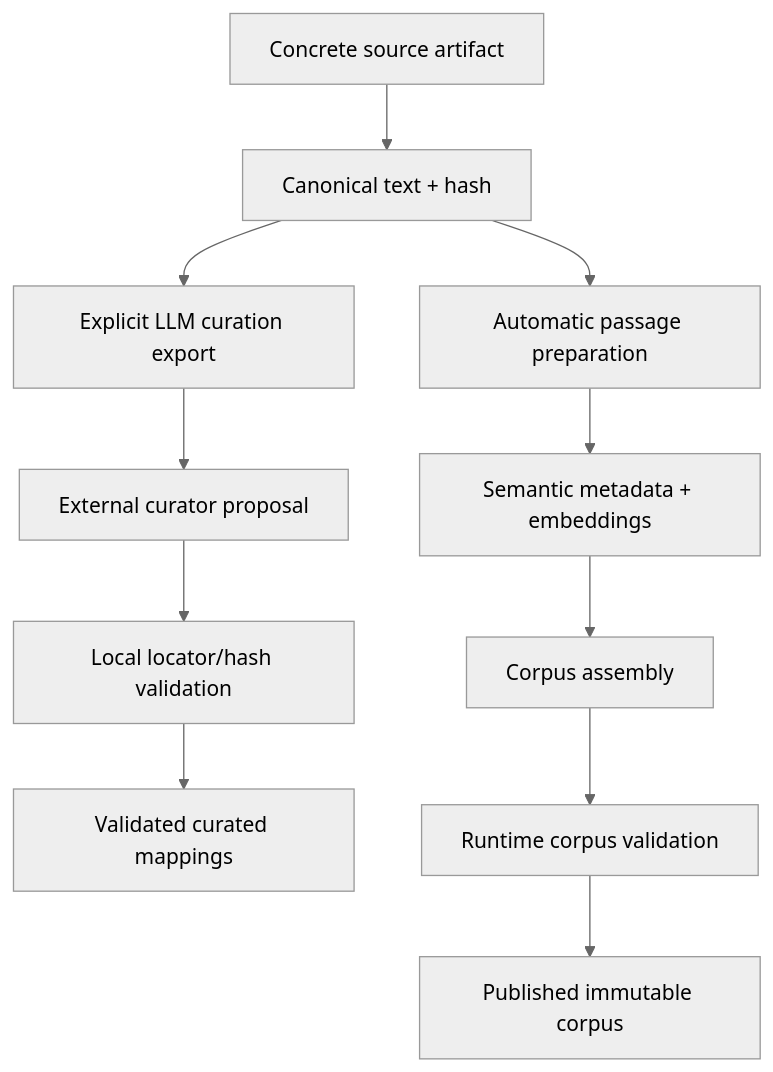
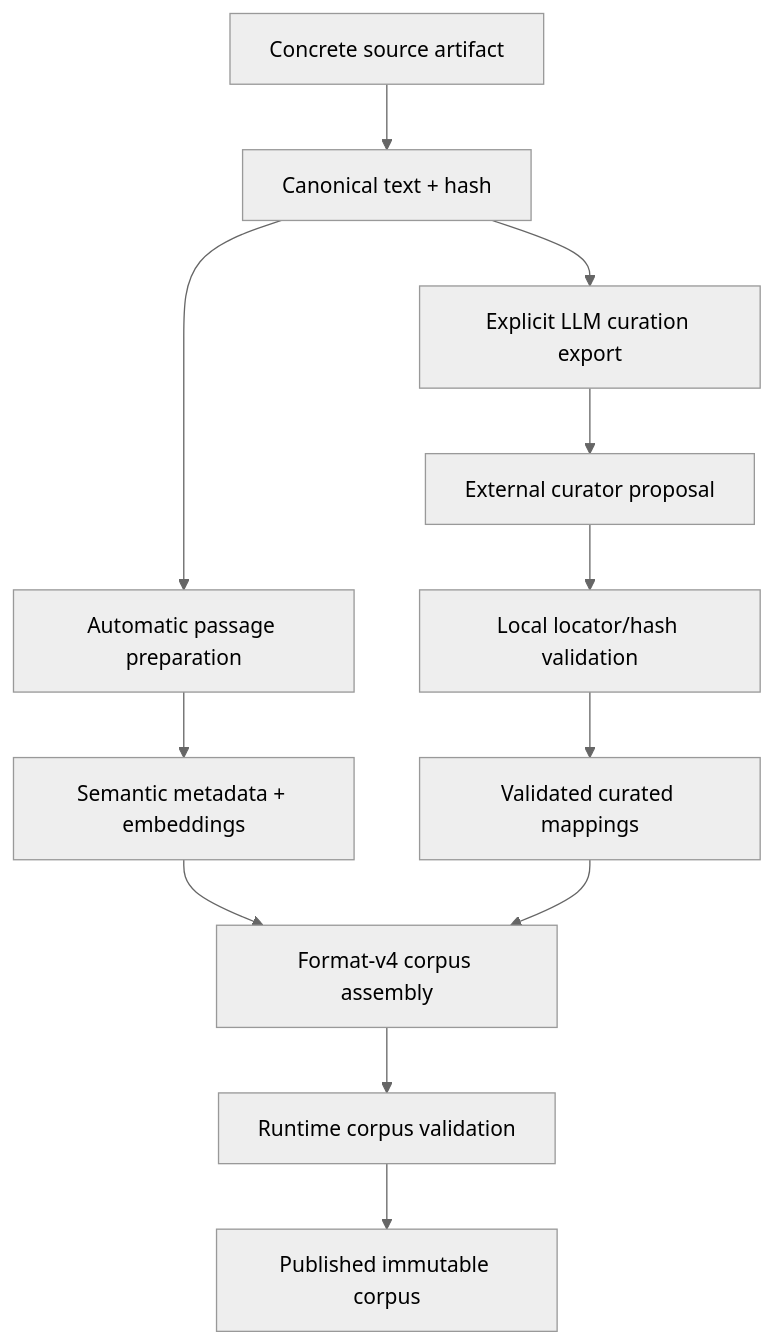
One commit to folk21/sibyl changed the fourth of 4 diagrams in docs/ARCHITECTURE.md. Above: the diagram before and after it, drawn with Mermaid (neutral theme). The commit also changed other lines of this file and 59 other files, not shown here.

````diff
--- a/docs/ARCHITECTURE.md
+++ b/docs/ARCHITECTURE.md
@@ -156,13 +171,14 @@
 ```mermaid
 flowchart TD
     S[Concrete source artifact] --> C[Canonical text + hash]
     C --> A[Automatic passage preparation]
     C --> X[Explicit LLM curation export]
     X --> L[External curator proposal]
     L --> Q[Local locator/hash validation]
     A --> H[Semantic metadata + embeddings]
-    H --> B[Corpus assembly]
     Q --> M[Validated curated mappings]
+    H --> B[Format-v4 corpus assembly]
+    M --> B
     B --> V[Runtime corpus validation]
     V --> O[Published immutable corpus]
 ```
````
